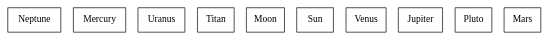
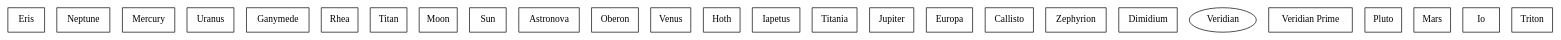
One commit to lmelkamu/JeopardyIsland_Final changed the diagram in map.dot. Above: the diagram before and after it, drawn with Graphviz. The commit also changed 1 other file, not shown here.

```diff
--- a/map.dot
+++ b/map.dot
@@ -1,15 +1,30 @@
 digraph G {
+  Eris [fillcolor="#0003E8", label="Eris", shape=box, ];
   Neptune [fillcolor="#0003E8", label="Neptune", shape=box, ];
   Mercury [fillcolor="#0003E8", label="Mercury", shape=box, ];
   Uranus [fillcolor="#0003E8", label="Uranus", shape=box, ];
+  Ganymede [fillcolor="#0003E8", label="Ganymede", shape=box, ];
+  Rhea [fillcolor="#0003E8", label="Rhea", shape=box, ];
   Titan [fillcolor="#0003E8", label="Titan", shape=box, ];
   Moon [fillcolor="#0003E8", label="Moon", shape=box, ];
   Sun [fillcolor="#0003E8", label="Sun", shape=box, ];
+  Astronova [fillcolor="#0003E8", label="Astronova", shape=box, ];
+  Oberon [fillcolor="#0003E8", label="Oberon", shape=box, ];
   Venus [fillcolor="#0003E8", label="Venus", shape=box, ];
+  Hoth [fillcolor="#0003E8", label="Hoth", shape=box, ];
+  Iapetus [fillcolor="#0003E8", label="Iapetus", shape=box, ];
+  Titania [fillcolor="#0003E8", label="Titania", shape=box, ];
   Jupiter [fillcolor="#0003E8", label="Jupiter", shape=box, ];
+  Europa [fillcolor="#0003E8", label="Europa", shape=box, ];
+  Callisto [fillcolor="#0003E8", label="Callisto", shape=box, ];
+  Zephyrion [fillcolor="#0003E8", label="Zephyrion", shape=box, ];
+  Dimidium [fillcolor="#0003E8", label="Dimidium", shape=box, ];
+  Veridian Prime [fillcolor="#0003E8", label="Veridian Prime", shape=box, ];
   Pluto [fillcolor="#0003E8", label="Pluto", shape=box, ];
   Mars [fillcolor="#0003E8", label="Mars", shape=box, ];
+  Io [fillcolor="#0003E8", label="Io", shape=box, ];
+  Triton [fillcolor="#0003E8", label="Triton", shape=box, ];
   
   
   
   }
```
